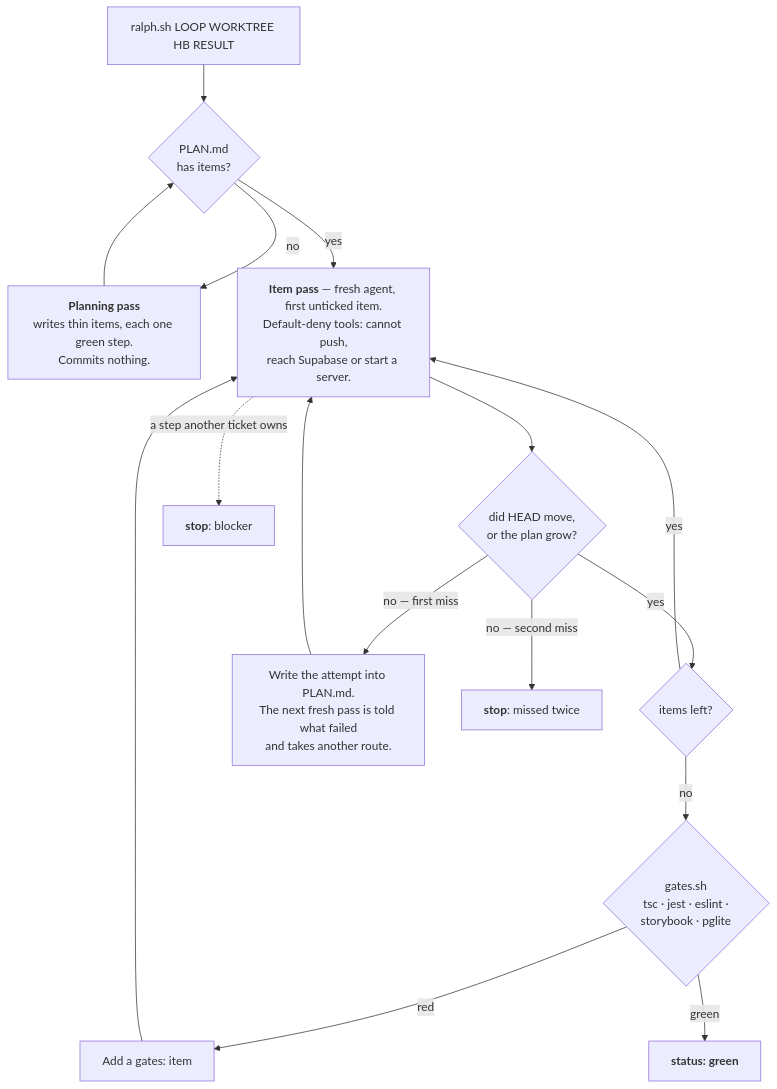
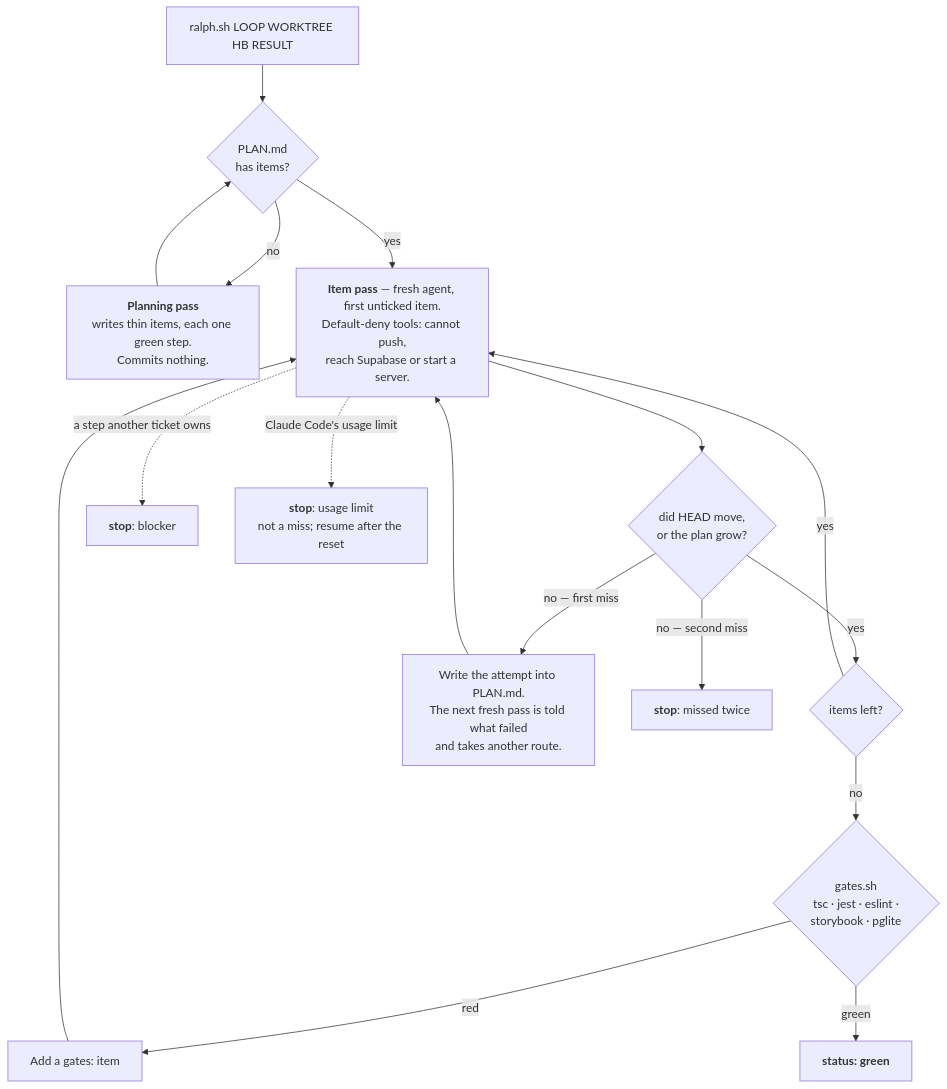
Before and after one commit to pfaff-designed/Pond-v4: the third of 3 diagrams in ship-epics/README.md, drawn with Mermaid. The commit also changed other lines of this file and 5 other files, not shown here.

````diff
--- a/ship-epics/README.md
+++ b/ship-epics/README.md
@@ -75,18 +75,19 @@
 ```mermaid
 flowchart TD
     ST["ralph.sh LOOP WORKTREE HB RESULT"] --> HAS{"PLAN.md<br/>has items?"}
     HAS -->|"no"| PLAN["<b>Planning pass</b><br/>writes thin items, each one green step.<br/>Commits nothing."]
     PLAN --> HAS
     HAS -->|"yes"| ITEM["<b>Item pass</b> — fresh agent, first unticked item.<br/>Default-deny tools: cannot push,<br/>reach Supabase or start a server."]
     ITEM --> PROG{"did HEAD move,<br/>or the plan grow?"}
     PROG -->|"yes"| MORE{"items left?"}
     PROG -->|"no — first miss"| NOTE["Write the attempt into PLAN.md.<br/>The next fresh pass is told what failed<br/>and takes another route."]
     NOTE --> ITEM
     PROG -->|"no — second miss"| SM["<b>stop</b>: missed twice"]
     MORE -->|"yes"| ITEM
     MORE -->|"no"| GATES{"gates.sh<br/>tsc · jest · eslint ·<br/>storybook · pglite"}
     GATES -->|"red"| ADD["Add a gates: item"]
     ADD --> ITEM
     GATES -->|"green"| DONE["<b>status: green</b>"]
     ITEM -.->|"a step another ticket owns"| BL["<b>stop</b>: blocker"]
+    ITEM -.->|"Claude Code's usage limit"| UL["<b>stop</b>: usage limit<br/>not a miss; resume after the reset"]
 ```
````
